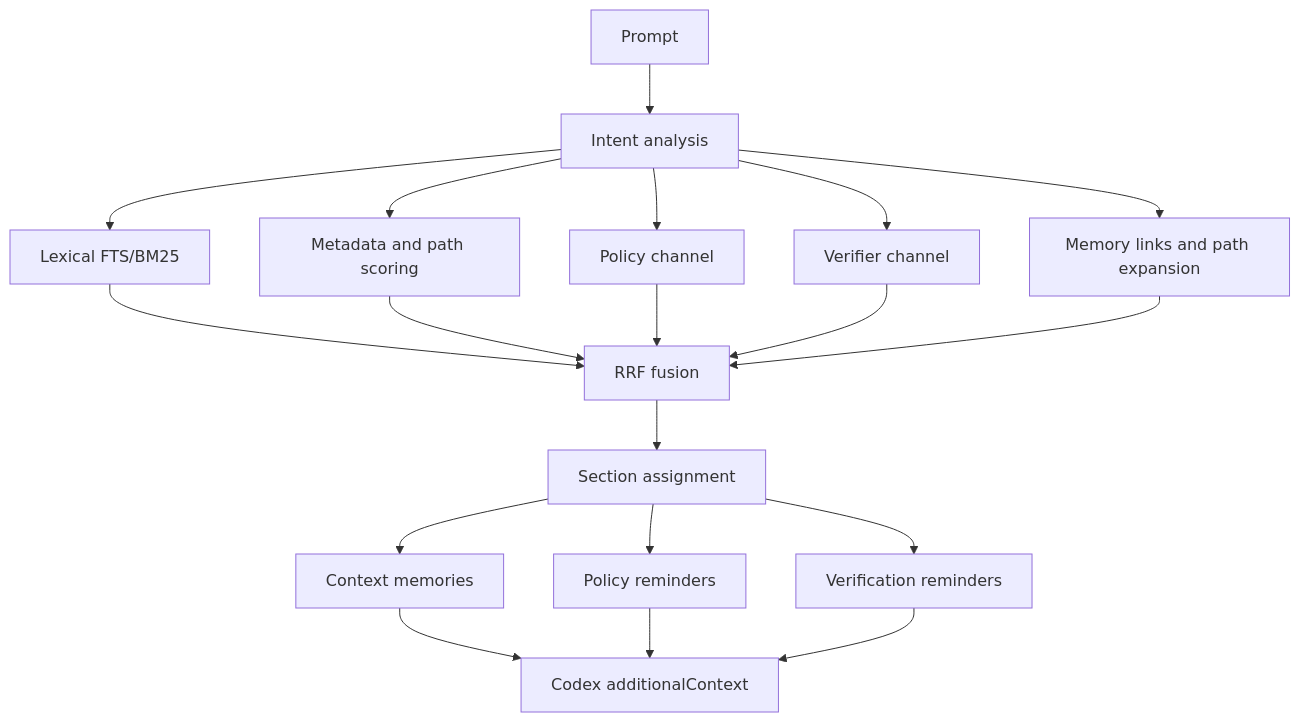
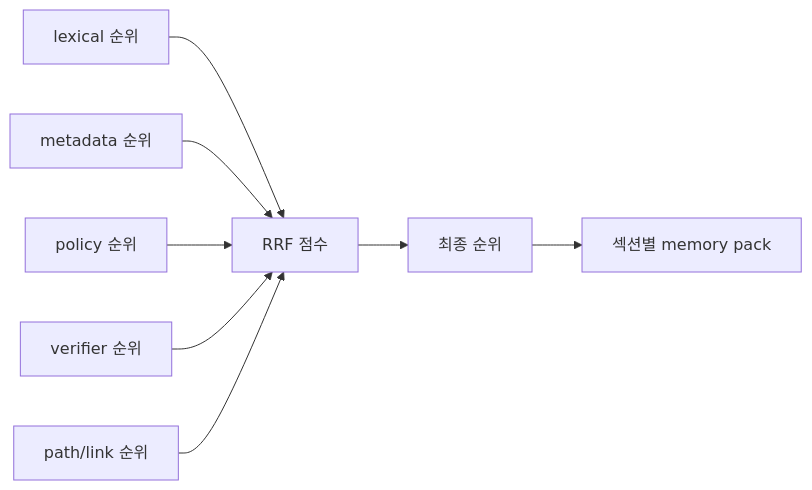
Before and after one commit to lteawoo/MemAssist: the sixth of 8 diagrams in README.md, drawn with Mermaid. The commit also changed other lines of this file and 24 other files, not shown here.

````diff
--- a/README.md
+++ b/README.md
@@ -319,21 +300,10 @@
 ```mermaid
-flowchart TD
-    Q[Prompt] --> I[Intent analysis]
-    I --> L[Lexical FTS/BM25]
-    I --> M[Metadata and path scoring]
-    I --> P[Policy channel]
-    I --> V[Verifier channel]
-    I --> G[Memory links and path expansion]
-    L --> F[RRF fusion]
-    M --> F
-    P --> F
-    V --> F
-    G --> F
-    F --> S[Section assignment]
-    S --> C[Context memories]
-    S --> R[Policy reminders]
-    S --> T[Verification reminders]
-    C --> A[Codex additionalContext]
-    R --> A
-    T --> A
+flowchart LR
+    A[lexical 순위] --> E[RRF 점수]
+    B[metadata 순위] --> E
+    C[policy 순위] --> E
+    D[verifier 순위] --> E
+    F[path/link 순위] --> E
+    E --> G[최종 순위]
+    G --> H[섹션별 memory pack]
 ```
````
